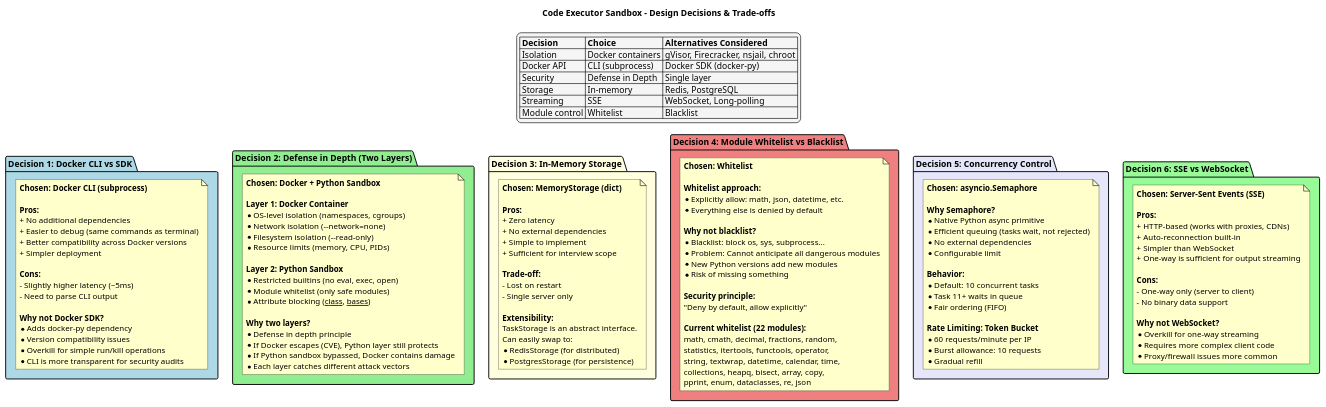
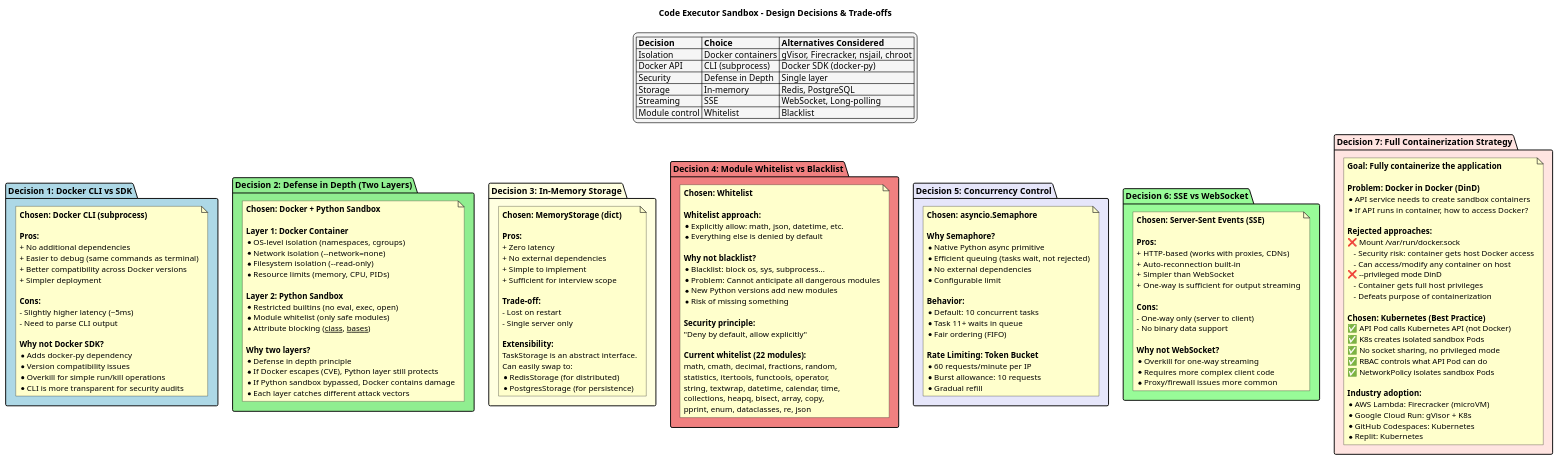
The diagram in docs/design_decisions.puml (huangyingw/rayai-code-sandbox), drawn with PlantUML before and after one commit. The commit also changed 1 other file, not shown here.

Commit message:
docs: add Kubernetes architecture for full containerization
- Add Decision 7: Full Containerization Strategy
  - Explain Docker-in-Docker problem
  - Why socket mounting and --privileged are rejected
  - Kubernetes as industry best practice
  - List companies using this approach (AWS, Google, GitHub, Replit)

- Update production_architecture.puml
  - Replace Docker-based architecture with Kubernetes
  - Show API Pods creating Sandbox Pods via K8s API
  - Add RBAC and NetworkPolicy details
  - Highlight security isolation mechanisms

```diff
--- a/docs/design_decisions.puml
+++ b/docs/design_decisions.puml
@@ -1,159 +1,191 @@
 @startuml design_decisions
 title Code Executor Sandbox - Design Decisions & Trade-offs
 skinparam defaultTextAlignment left
 skinparam noteBackgroundColor #FFFFCC
 skinparam legendBackgroundColor #F5F5F5
 
 legend top
   |= Decision |= Choice |= Alternatives Considered |
   | Isolation | Docker containers | gVisor, Firecracker, nsjail, chroot |
   | Docker API | CLI (subprocess) | Docker SDK (docker-py) |
   | Security | Defense in Depth | Single layer |
   | Storage | In-memory | Redis, PostgreSQL |
   | Streaming | SSE | WebSocket, Long-polling |
   | Module control | Whitelist | Blacklist |
 endlegend
 
 ' ==================== DOCKER CLI vs SDK ====================
 package "Decision 1: Docker CLI vs SDK" as d1 #LightBlue {
     note as n1
       **Chosen: Docker CLI (subprocess)**
 
       **Pros:**
       + No additional dependencies
       + Easier to debug (same commands as terminal)
       + Better compatibility across Docker versions
       + Simpler deployment
 
       **Cons:**
       - Slightly higher latency (~5ms)
       - Need to parse CLI output
 
       **Why not Docker SDK?**
       * Adds docker-py dependency
       * Version compatibility issues
       * Overkill for simple run/kill operations
       * CLI is more transparent for security audits
     end note
 }
 
 ' ==================== DEFENSE IN DEPTH ====================
 package "Decision 2: Defense in Depth (Two Layers)" as d2 #LightGreen {
     note as n2
       **Chosen: Docker + Python Sandbox**
 
       **Layer 1: Docker Container**
       * OS-level isolation (namespaces, cgroups)
       * Network isolation (--network=none)
       * Filesystem isolation (--read-only)
       * Resource limits (memory, CPU, PIDs)
 
       **Layer 2: Python Sandbox**
       * Restricted builtins (no eval, exec, open)
       * Module whitelist (only safe modules)
       * Attribute blocking (__class__, __bases__)
 
       **Why two layers?**
       * Defense in depth principle
       * If Docker escapes (CVE), Python layer still protects
       * If Python sandbox bypassed, Docker contains damage
       * Each layer catches different attack vectors
     end note
 }
 
 ' ==================== STORAGE ====================
 package "Decision 3: In-Memory Storage" as d3 #LightYellow {
     note as n3
       **Chosen: MemoryStorage (dict)**
 
       **Pros:**
       + Zero latency
       + No external dependencies
       + Simple to implement
       + Sufficient for interview scope
 
       **Trade-off:**
       - Lost on restart
       - Single server only
 
       **Extensibility:**
       TaskStorage is an abstract interface.
       Can easily swap to:
       * RedisStorage (for distributed)
       * PostgresStorage (for persistence)
     end note
 }
 
 ' ==================== MODULE WHITELIST ====================
 package "Decision 4: Module Whitelist vs Blacklist" as d4 #LightCoral {
     note as n4
       **Chosen: Whitelist**
 
       **Whitelist approach:**
       * Explicitly allow: math, json, datetime, etc.
       * Everything else is denied by default
 
       **Why not blacklist?**
       * Blacklist: block os, sys, subprocess...
       * Problem: Cannot anticipate all dangerous modules
       * New Python versions add new modules
       * Risk of missing something
 
       **Security principle:**
       "Deny by default, allow explicitly"
 
       **Current whitelist (22 modules):**
       math, cmath, decimal, fractions, random,
       statistics, itertools, functools, operator,
       string, textwrap, datetime, calendar, time,
       collections, heapq, bisect, array, copy,
       pprint, enum, dataclasses, re, json
     end note
 }
 
 ' ==================== CONCURRENCY ====================
 package "Decision 5: Concurrency Control" as d5 #Lavender {
     note as n5
       **Chosen: asyncio.Semaphore**
 
       **Why Semaphore?**
       * Native Python async primitive
       * Efficient queuing (tasks wait, not rejected)
       * No external dependencies
       * Configurable limit
 
       **Behavior:**
       * Default: 10 concurrent tasks
       * Task 11+ waits in queue
       * Fair ordering (FIFO)
 
       **Rate Limiting: Token Bucket**
       * 60 requests/minute per IP
       * Burst allowance: 10 requests
       * Gradual refill
     end note
 }
 
 ' ==================== STREAMING ====================
 package "Decision 6: SSE vs WebSocket" as d6 #PaleGreen {
     note as n6
       **Chosen: Server-Sent Events (SSE)**
 
       **Pros:**
       + HTTP-based (works with proxies, CDNs)
       + Auto-reconnection built-in
       + Simpler than WebSocket
       + One-way is sufficient for output streaming
 
       **Cons:**
       - One-way only (server to client)
       - No binary data support
 
       **Why not WebSocket?**
       * Overkill for one-way streaming
       * Requires more complex client code
       * Proxy/firewall issues more common
     end note
 }
 
+' ==================== CONTAINERIZATION ====================
+package "Decision 7: Full Containerization Strategy" as d7 #MistyRose {
+    note as n7
+      **Goal: Fully containerize the application**
+
+      **Problem: Docker in Docker (DinD)**
+      * API service needs to create sandbox containers
+      * If API runs in container, how to access Docker?
+
+      **Rejected approaches:**
+      ❌ Mount /var/run/docker.sock
+         - Security risk: container gets host Docker access
+         - Can access/modify any container on host
+      ❌ --privileged mode DinD
+         - Container gets full host privileges
+         - Defeats purpose of containerization
+
+      **Chosen: Kubernetes (Best Practice)**
+      ✅ API Pod calls Kubernetes API (not Docker)
+      ✅ K8s creates isolated sandbox Pods
+      ✅ No socket sharing, no privileged mode
+      ✅ RBAC controls what API Pod can do
+      ✅ NetworkPolicy isolates sandbox Pods
+
+      **Industry adoption:**
+      * AWS Lambda: Firecracker (microVM)
+      * Google Cloud Run: gVisor + K8s
+      * GitHub Codespaces: Kubernetes
+      * Replit: Kubernetes
+    end note
+}
+
 @enduml
```
